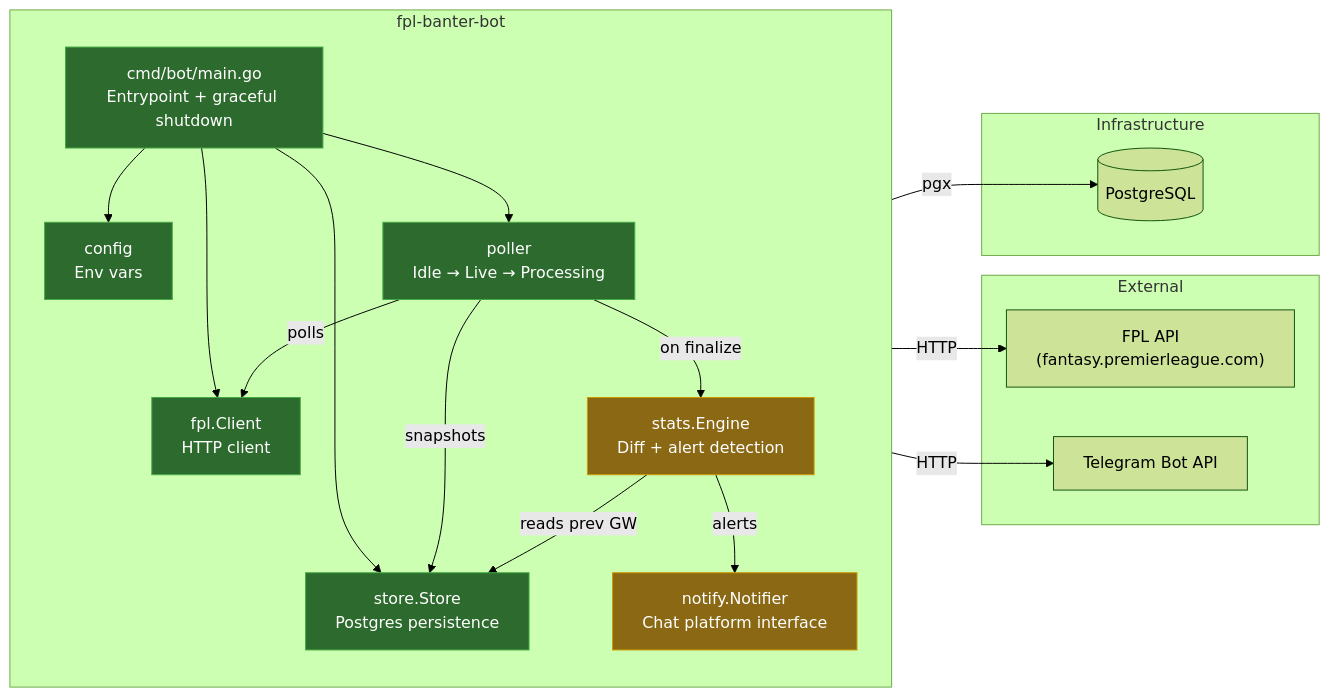
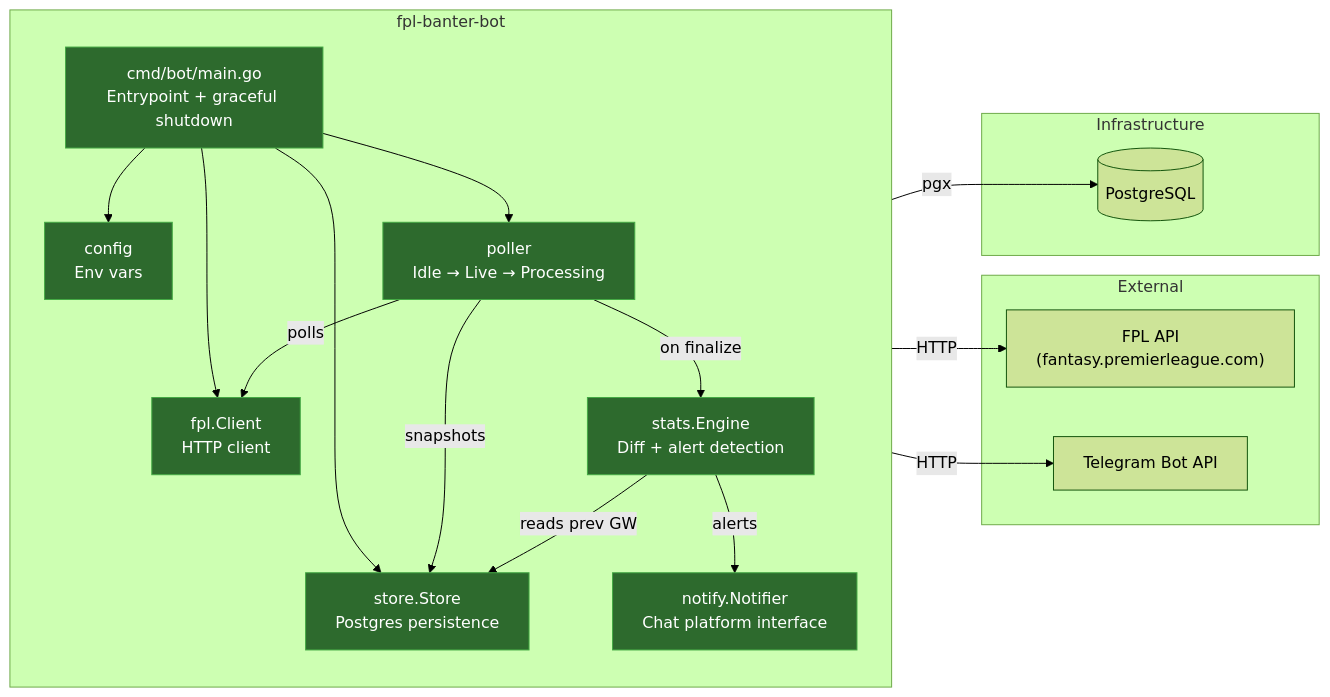
The diagram in README.md (chrislonge/fpl-banter-bot), drawn with Mermaid (forest theme) before and after one commit. The commit also changed other lines of this file and 8 other files, not shown here.

````diff
--- a/README.md
+++ b/README.md
@@ -21,43 +21,43 @@
 ```mermaid
 flowchart LR
     subgraph External
         FPL["FPL API\n(fantasy.premierleague.com)"]
         TG["Telegram Bot API"]
     end
 
     subgraph "fpl-banter-bot"
         direction TB
         MAIN["cmd/bot/main.go\nEntrypoint + graceful shutdown"]
         CONFIG["config\nEnv vars"]
         CLIENT["fpl.Client\nHTTP client"]
         STORE["store.Store\nPostgres persistence"]
         POLLER["poller\nIdle → Live → Processing"]
         STATS["stats.Engine\nDiff + alert detection"]
         NOTIFY["notify.Notifier\nChat platform interface"]
     end
 
     subgraph Infrastructure
         PG[("PostgreSQL")]
     end
 
     MAIN --> CONFIG
     MAIN --> CLIENT
     MAIN --> STORE
     MAIN --> POLLER
     POLLER -- "polls" --> CLIENT
     CLIENT -- "HTTP" --> FPL
     POLLER -- "snapshots" --> STORE
     STORE -- "pgx" --> PG
     POLLER -- "on finalize" --> STATS
     STATS -- "reads prev GW" --> STORE
     STATS -- "alerts" --> NOTIFY
     NOTIFY -- "HTTP" --> TG
 
     style CONFIG fill:#2d6a2d,stroke:#4a4,color:#fff
     style CLIENT fill:#2d6a2d,stroke:#4a4,color:#fff
     style STORE fill:#2d6a2d,stroke:#4a4,color:#fff
     style MAIN fill:#2d6a2d,stroke:#4a4,color:#fff
     style POLLER fill:#2d6a2d,stroke:#4a4,color:#fff
-    style STATS fill:#8b6914,stroke:#c90,color:#fff
-    style NOTIFY fill:#8b6914,stroke:#c90,color:#fff
+    style STATS fill:#2d6a2d,stroke:#4a4,color:#fff
+    style NOTIFY fill:#2d6a2d,stroke:#4a4,color:#fff
 ```
````
